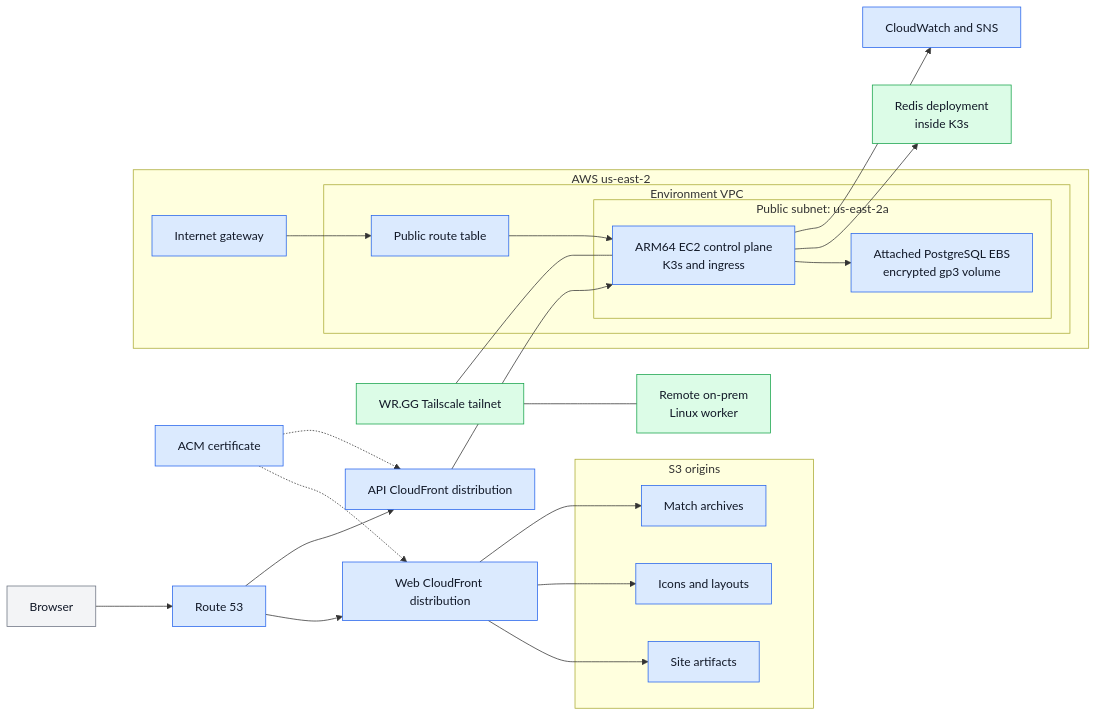
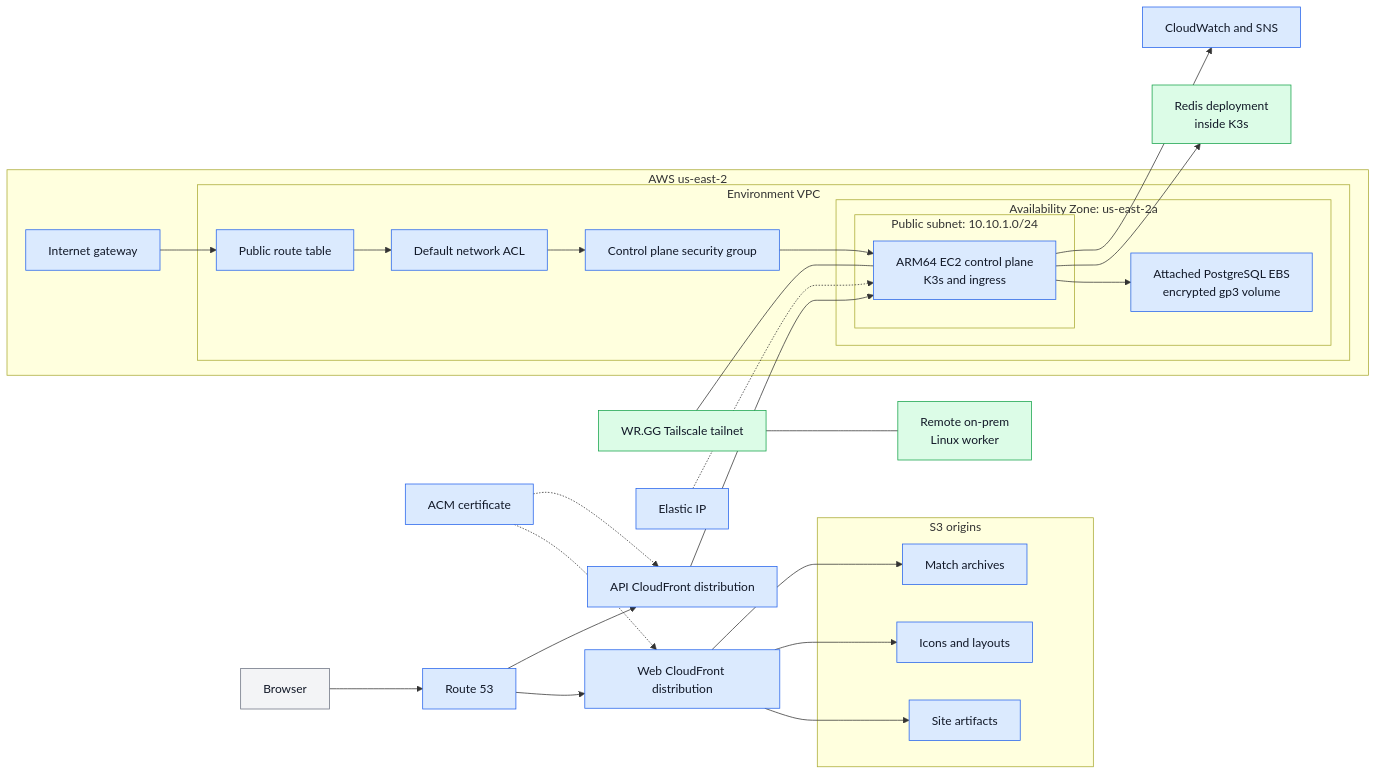
One commit to winrates-gg/wrgg-public-documentation changed the second of 2 diagrams in docs/infrastructure-resources.md. Above: the diagram before and after it, drawn with Mermaid. The commit also changed other lines of this file and 3 other files, not shown here.

Commit message:
Trimming and network andcompute diagram rendering experiment

````diff
--- a/docs/infrastructure-resources.md
+++ b/docs/infrastructure-resources.md
@@ -109,56 +109,61 @@
 ```mermaid
 flowchart LR
     Browser["Browser"]
     DNS["Route 53"]
     WebCDN["Web CloudFront distribution"]
     APICDN["API CloudFront distribution"]
     ACM["ACM certificate"]
 
     subgraph Origins["S3 origins"]
         Site["Site artifacts"]
         Icons["Icons and layouts"]
         Archives["Match archives"]
     end
 
     subgraph Region["AWS us-east-2"]
         IGW["Internet gateway"]
         subgraph VPC["Environment VPC"]
             RouteTable["Public route table"]
-            subgraph PublicSubnet["Public subnet: us-east-2a"]
-                ControlPlane["ARM64 EC2 control plane\nK3s and ingress"]
+            NetworkACL["Default network ACL"]
+            SecurityGroup["Control plane security group"]
+            subgraph AvailabilityZone["Availability Zone: us-east-2a"]
+                subgraph PublicSubnet["Public subnet: 10.10.1.0/24"]
+                    ControlPlane["ARM64 EC2 control plane\nK3s and ingress"]
+                end
                 Database["Attached PostgreSQL EBS\nencrypted gp3 volume"]
             end
         end
     end
 
     Redis["Redis deployment\ninside K3s"]
     RemoteHost["Remote on-prem\nLinux worker"]
     Tailscale["WR.GG Tailscale tailnet"]
+    ElasticIP["Elastic IP"]
     Operations["CloudWatch and SNS"]
 
     Browser --> DNS
     DNS --> WebCDN
     DNS --> APICDN
     ACM -.-> WebCDN
     ACM -.-> APICDN
     WebCDN --> Site
     WebCDN --> Icons
     WebCDN --> Archives
     APICDN --> ControlPlane
-    IGW --> RouteTable
-    RouteTable --> ControlPlane
+    IGW --> RouteTable --> NetworkACL --> SecurityGroup --> ControlPlane
+    ElasticIP -.-> ControlPlane
     ControlPlane --> Database
     ControlPlane --> Redis
     Tailscale --- ControlPlane
     Tailscale --- RemoteHost
     ControlPlane --> Operations
 
     classDef neutral fill:#f3f4f6,stroke:#6b7280,color:#111827
     classDef aws fill:#dbeafe,stroke:#2563eb,color:#111827
     classDef runtime fill:#dcfce7,stroke:#16a34a,color:#111827
     classDef external fill:#fee2e2,stroke:#dc2626,color:#111827
 
     class Browser neutral
-    class DNS,WebCDN,APICDN,ACM,Site,Icons,Archives,IGW,RouteTable,ControlPlane,Database,Operations aws
+    class DNS,WebCDN,APICDN,ACM,Site,Icons,Archives,IGW,RouteTable,NetworkACL,SecurityGroup,ControlPlane,Database,ElasticIP,Operations aws
     class Redis,RemoteHost,Tailscale runtime
 ```
````
